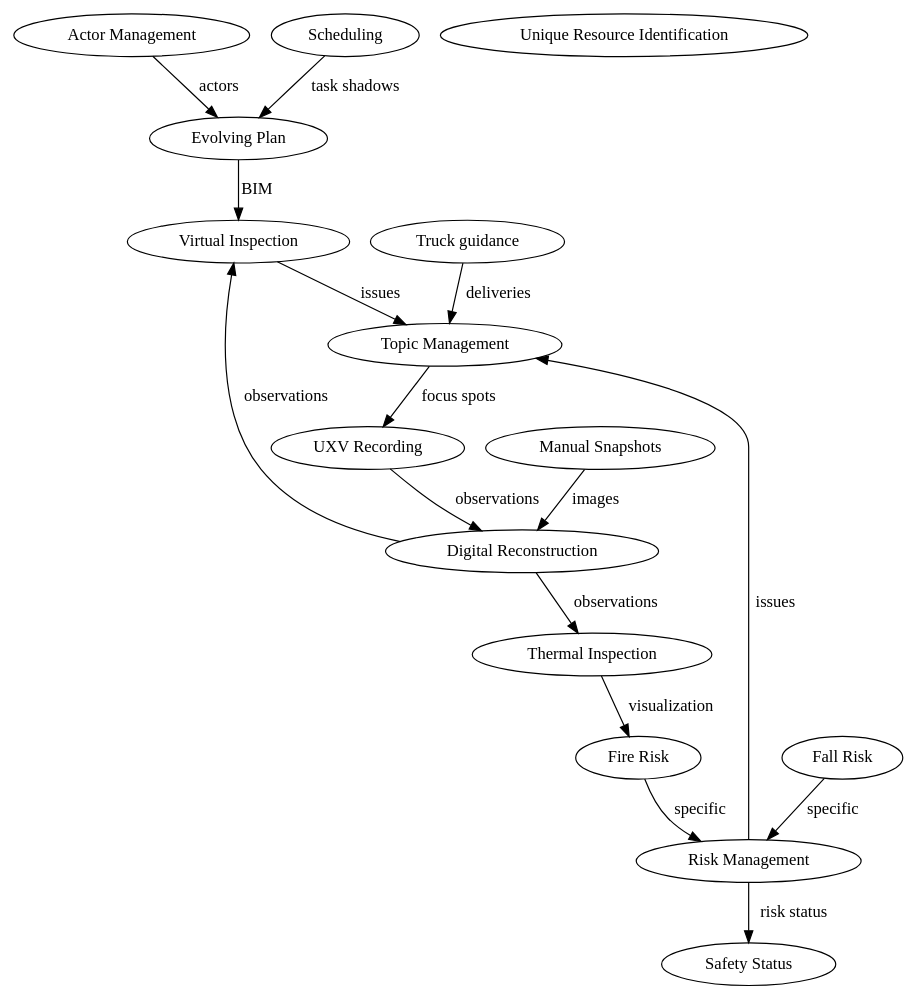
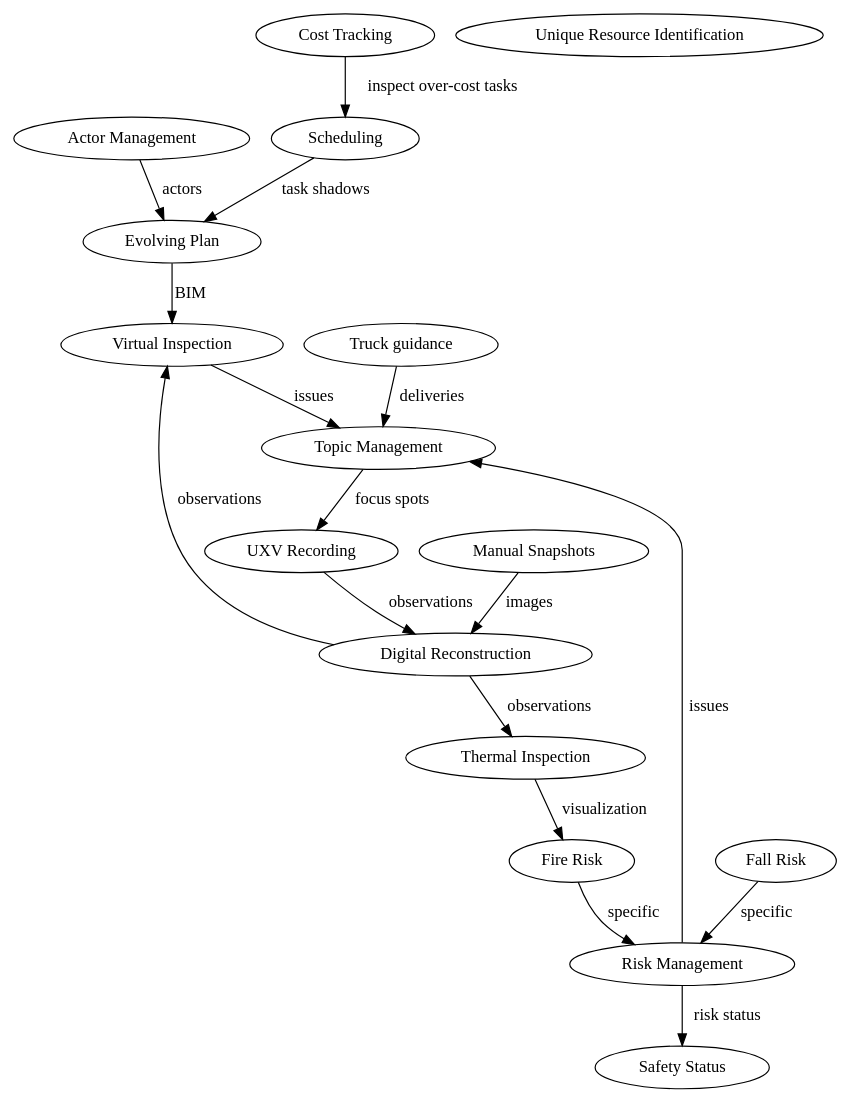
The diagram in ontology.dot (mristin/bimprove-scenarios), drawn with Graphviz before and after one commit. The commit also changed 18 other files, not shown here.

```diff
--- a/ontology.dot
+++ b/ontology.dot
@@ -1,35 +1,37 @@
 digraph G {
     node0 [href="actor_management/scenario.html", label="Actor Management"]
-    node1 [href="digital_reconstruction/scenario.html", label="Digital Reconstruction"]
-    node2 [href="evolving_plan/scenario.html", label="Evolving Plan"]
-    node3 [href="fall_risk/scenario.html", label="Fall Risk"]
-    node4 [href="fire_risk/scenario.html", label="Fire Risk"]
-    node5 [href="manual_snapshots/scenario.html", label="Manual Snapshots"]
-    node6 [href="risk_management/scenario.html", label="Risk Management"]
-    node7 [href="safety_status/scenario.html", label="Safety Status"]
-    node8 [href="scheduling/scenario.html", label="Scheduling"]
-    node9 [href="thermal_inspection/scenario.html", label="Thermal Inspection"]
-    node10 [href="topic_management/scenario.html", label="Topic Management"]
-    node11 [href="truck_guidance/scenario.html", label="Truck guidance"]
-    node12 [href="unique_resource_identification/scenario.html", label="Unique Resource Identification"]
-    node13 [href="uxv_recording/scenario.html", label="UXV Recording"]
-    node14 [href="virtual_inspection/scenario.html", label="Virtual Inspection"]
+    node1 [href="cost_tracking/scenario.html", label="Cost Tracking"]
+    node2 [href="digital_reconstruction/scenario.html", label="Digital Reconstruction"]
+    node3 [href="evolving_plan/scenario.html", label="Evolving Plan"]
+    node4 [href="fall_risk/scenario.html", label="Fall Risk"]
+    node5 [href="fire_risk/scenario.html", label="Fire Risk"]
+    node6 [href="manual_snapshots/scenario.html", label="Manual Snapshots"]
+    node7 [href="risk_management/scenario.html", label="Risk Management"]
+    node8 [href="safety_status/scenario.html", label="Safety Status"]
+    node9 [href="scheduling/scenario.html", label="Scheduling"]
+    node10 [href="thermal_inspection/scenario.html", label="Thermal Inspection"]
+    node11 [href="topic_management/scenario.html", label="Topic Management"]
+    node12 [href="truck_guidance/scenario.html", label="Truck guidance"]
+    node13 [href="unique_resource_identification/scenario.html", label="Unique Resource Identification"]
+    node14 [href="uxv_recording/scenario.html", label="UXV Recording"]
+    node15 [href="virtual_inspection/scenario.html", label="Virtual Inspection"]
 
     
-    node0 -> node2 [label="actors"]
-    node1 -> node14 [label="observations"]
-    node1 -> node9 [label="observations"]
-    node2 -> node14 [label="BIM"]
-    node3 -> node6 [label="specific"]
-    node4 -> node6 [label="specific"]
-    node5 -> node1 [label="images"]
-    node6 -> node10 [label="issues"]
-    node6 -> node7 [label="risk status"]
-    node8 -> node2 [label="task shadows"]
-    node9 -> node4 [label="visualization"]
-    node10 -> node13 [label="focus spots"]
-    node11 -> node10 [label="deliveries"]
-    node13 -> node1 [label="observations"]
-    node14 -> node10 [label="issues"]
+    node0 -> node3 [label="actors"]
+    node1 -> node9 [label="inspect over-cost tasks"]
+    node2 -> node15 [label="observations"]
+    node2 -> node10 [label="observations"]
+    node3 -> node15 [label="BIM"]
+    node4 -> node7 [label="specific"]
+    node5 -> node7 [label="specific"]
+    node6 -> node2 [label="images"]
+    node7 -> node11 [label="issues"]
+    node7 -> node8 [label="risk status"]
+    node9 -> node3 [label="task shadows"]
+    node10 -> node5 [label="visualization"]
+    node11 -> node14 [label="focus spots"]
+    node12 -> node11 [label="deliveries"]
+    node14 -> node2 [label="observations"]
+    node15 -> node11 [label="issues"]
 
 }
```
